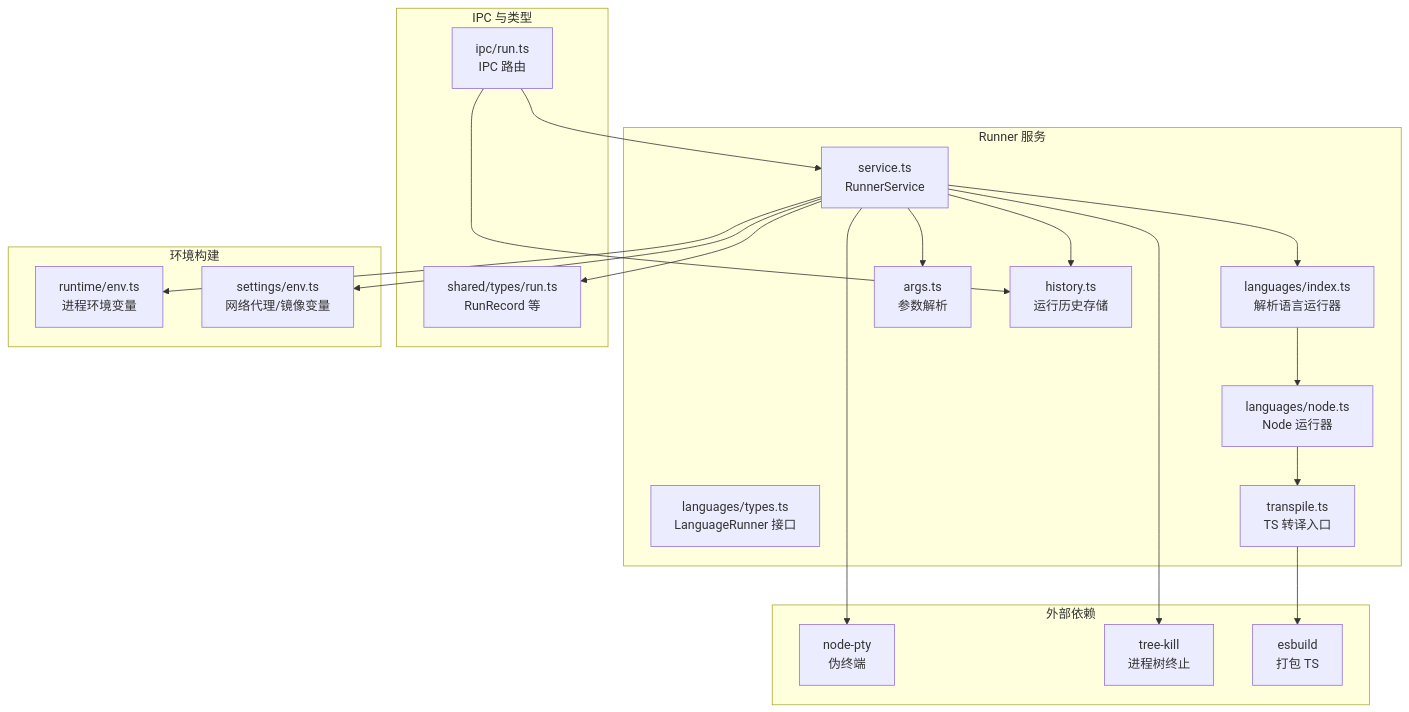
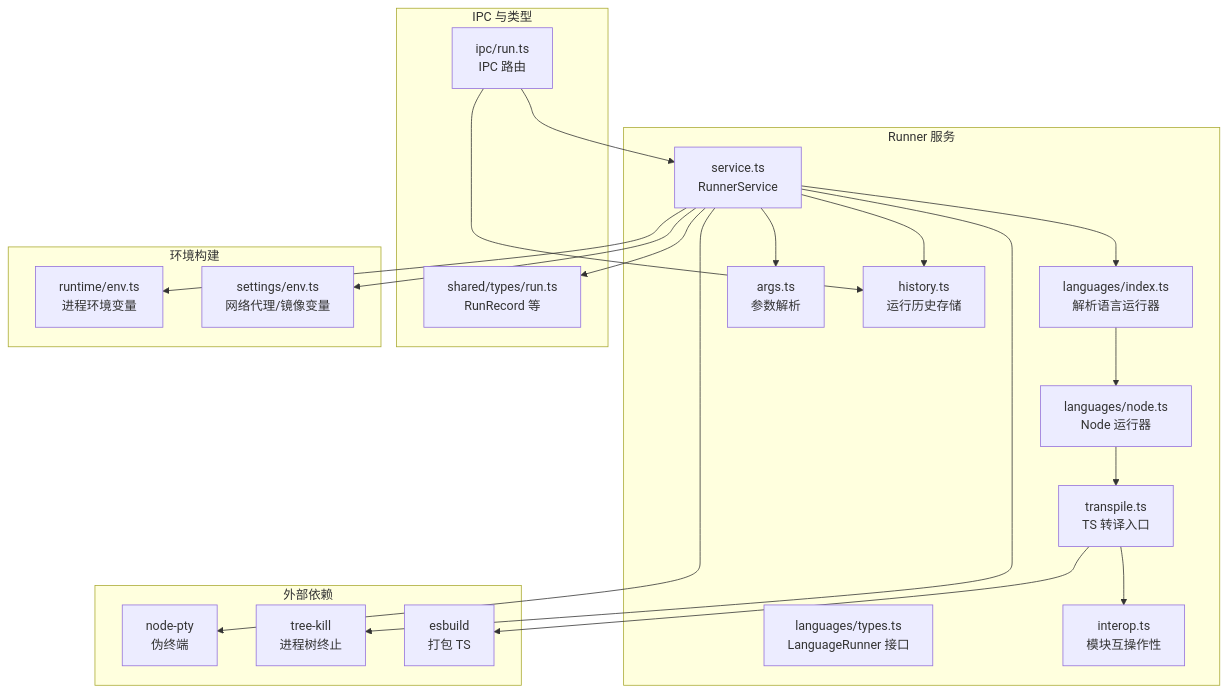
One commit to hozeeee/script-box changed the first of 13 diagrams in .qoder/repowiki/zh/content/核心服务层/Runner 服务（脚本运行器）.md. Above: the diagram before and after it, drawn with Mermaid. The commit also changed other lines of this file and 76 other files, not shown here.

````diff
--- a/.qoder/repowiki/zh/content/核心服务层/Runner 服务（脚本运行器）.md
+++ b/.qoder/repowiki/zh/content/核心服务层/Runner 服务（脚本运行器）.md
@@ -37,38 +47,40 @@
 ```mermaid
 graph TB
 subgraph "Runner 服务"
 RS["service.ts<br/>RunnerService"]
 LA["languages/index.ts<br/>解析语言运行器"]
 LN["languages/node.ts<br/>Node 运行器"]
 LT["languages/types.ts<br/>LanguageRunner 接口"]
 AR["args.ts<br/>参数解析"]
 HS["history.ts<br/>运行历史存储"]
 TR["transpile.ts<br/>TS 转译入口"]
+IO["interop.ts<br/>模块互操作性"]
 end
 subgraph "外部依赖"
 PTY["node-pty<br/>伪终端"]
 TK["tree-kill<br/>进程树终止"]
 EB["esbuild<br/>打包 TS"]
 end
 subgraph "IPC 与类型"
 IPC["ipc/run.ts<br/>IPC 路由"]
 RT["shared/types/run.ts<br/>RunRecord 等"]
 end
 subgraph "环境构建"
 RE["runtime/env.ts<br/>进程环境变量"]
 SE["settings/env.ts<br/>网络代理/镜像变量"]
 end
 RS --> LA
 LA --> LN
 RS --> AR
 RS --> HS
 RS --> RE
 RS --> SE
 RS --> PTY
 RS --> TK
 LN --> TR
 TR --> EB
+TR --> IO
 IPC --> RS
 IPC --> HS
 RS --> RT
 ```
````
